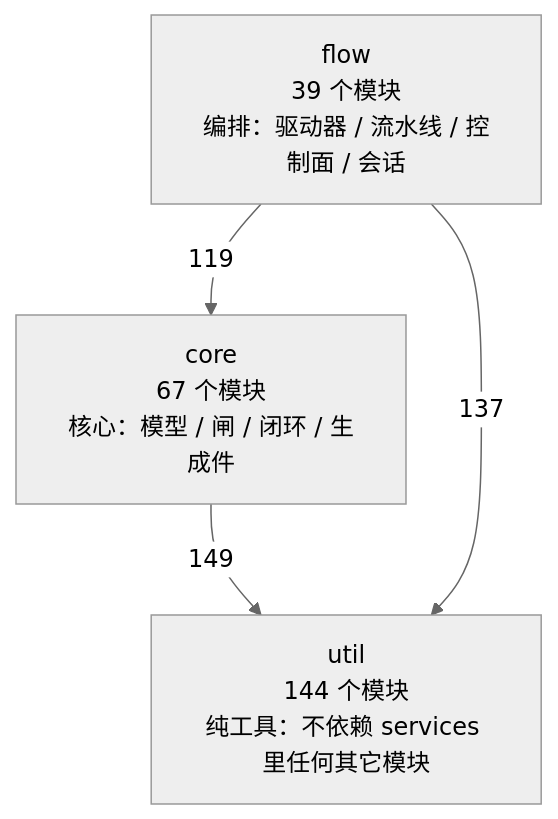
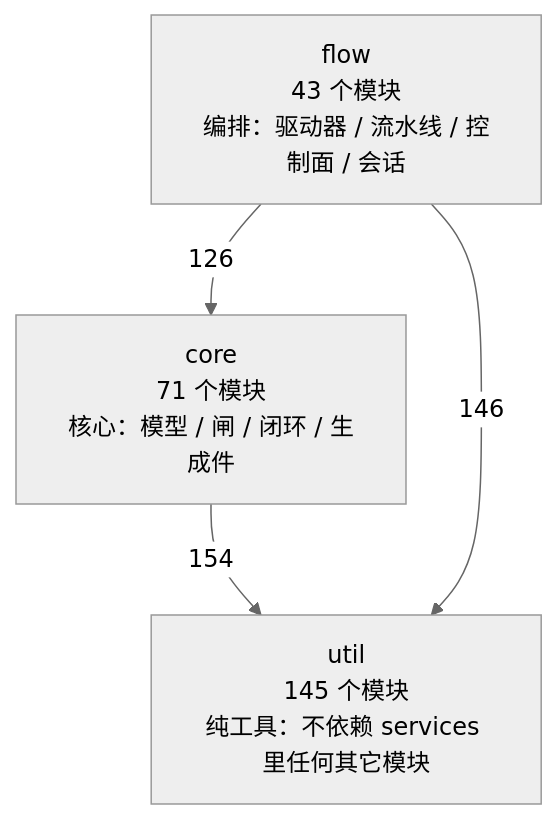
Before and after one commit to 2686521696/WhyBuddy: the first of 4 diagrams in docs/SlideRule V6.2 架构图（自动生成）.md, drawn with Mermaid (neutral theme). The commit also changed other lines of this file and 107 other files, not shown here.

````diff
--- a/docs/SlideRule V6.2 架构图（自动生成）.md
+++ b/docs/SlideRule V6.2 架构图（自动生成）.md
@@ -50,9 +50,9 @@
 ```mermaid
 flowchart TB
-  util["util<br/>144 个模块<br/>纯工具：不依赖 services 里任何其它模块"]
-  core["core<br/>67 个模块<br/>核心：模型 / 闸 / 闭环 / 生成件"]
-  flow["flow<br/>39 个模块<br/>编排：驱动器 / 流水线 / 控制面 / 会话"]
-  core -->|149| util
-  flow -->|119| core
-  flow -->|137| util
+  util["util<br/>145 个模块<br/>纯工具：不依赖 services 里任何其它模块"]
+  core["core<br/>71 个模块<br/>核心：模型 / 闸 / 闭环 / 生成件"]
+  flow["flow<br/>43 个模块<br/>编排：驱动器 / 流水线 / 控制面 / 会话"]
+  core -->|154| util
+  flow -->|126| core
+  flow -->|146| util
 ```
````
